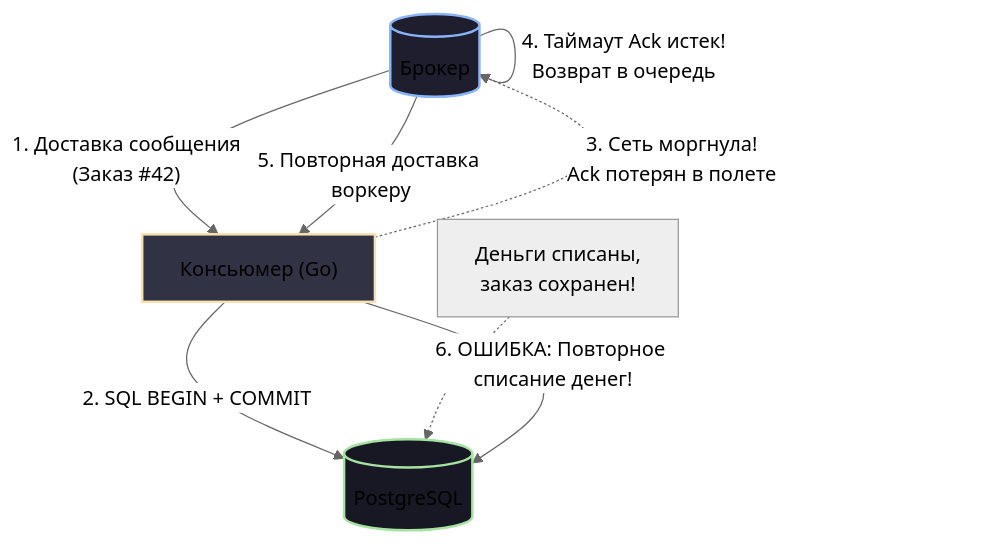
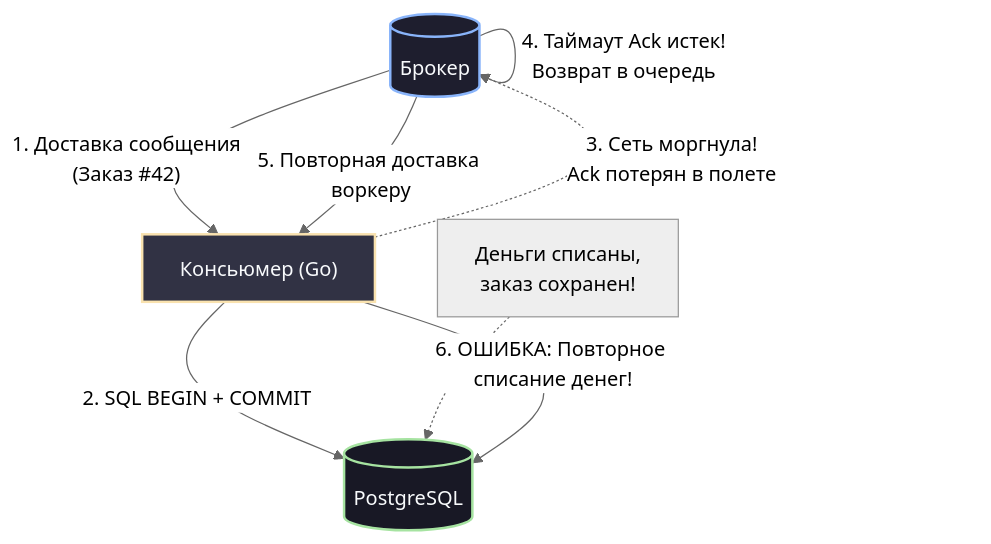
Before and after one commit to UnrealTemplier/go-textbook: the second of 2 diagrams in sources/13. Очереди, брокеры сообщений и оркестраторы/01. Фундамент асинхронности/4. Модели доставки. At most once, at least once, exactly once.md, drawn with Mermaid (neutral theme). The commit also changed 310 other files, not shown here.

First line of the commit message:
fix(mermaid): replace light fill colors with dark palette for readability on dark theme

````diff
--- a/sources/13. Очереди, брокеры сообщений и оркестраторы/01. Фундамент асинхронности/4. Модели доставки. At most once, at least once, exactly once.md
+++ b/sources/13. Очереди, брокеры сообщений и оркестраторы/01. Фундамент асинхронности/4. Модели доставки. At most once, at least once, exactly once.md
@@ -103,14 +103,14 @@
 ```mermaid
 flowchart TD
     A[("Брокер")] -->|"1. Доставка сообщения<br>(Заказ #42)"| B["Консьюмер (Go)"]
     B -->|"2. SQL BEGIN + COMMIT"| C[("PostgreSQL")]
     Note1["Деньги списаны,<br>заказ сохранен!"] -.-> C
     B -.->|"3. Сеть моргнула!<br>Ack потерян в полете"| A
     A -->|"4. Таймаут Ack истек!<br>Возврат в очередь"| A
     A -->|"5. Повторная доставка воркеру"| B
     B -->|"6. ОШИБКА: Повторное списание денег!"| C
 
-    style A fill:#1e1e2e,stroke:#89b4fa,stroke-width:2px
-    style B fill:#313244,stroke:#f9e2af,stroke-width:2px
-    style C fill:#181825,stroke:#a6e3a1,stroke-width:2px
+    style A fill:#1e1e2e,stroke:#89b4fa,stroke-width:2px,color:#f8fafc
+    style B fill:#313244,stroke:#f9e2af,stroke-width:2px,color:#f8fafc
+    style C fill:#181825,stroke:#a6e3a1,stroke-width:2px,color:#f8fafc
 ```
````
